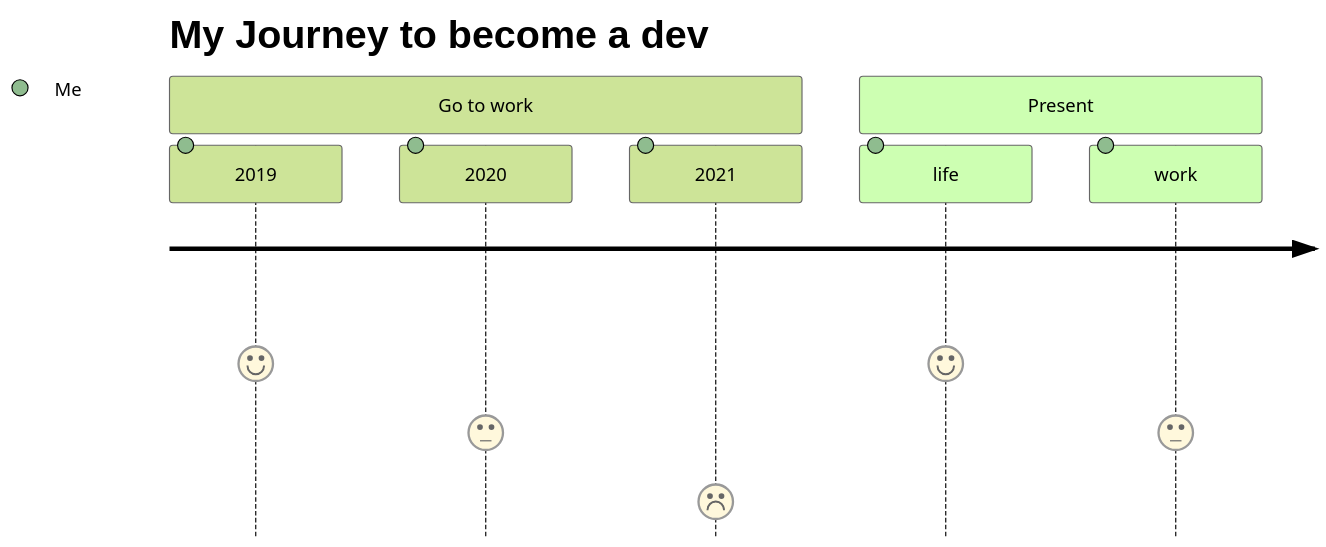
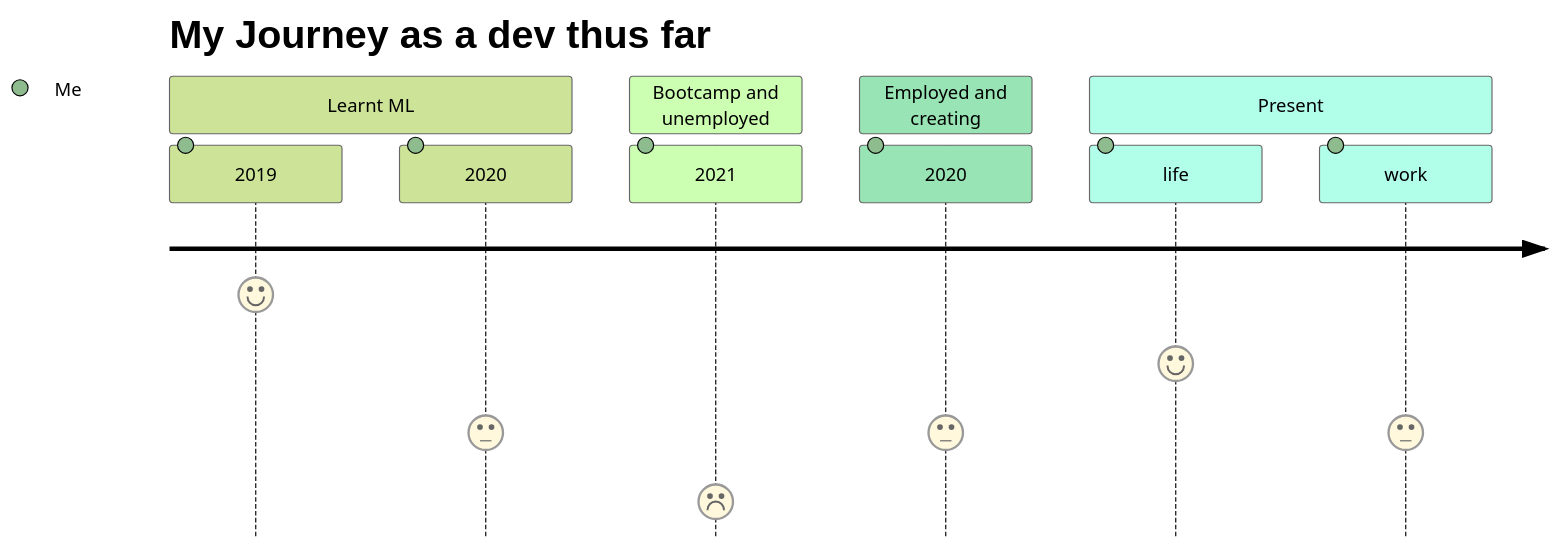
The diagram in README.md (chocomeowy/chocomeowy), drawn with Mermaid (forest theme) before and after one commit.

````diff
--- a/README.md
+++ b/README.md
@@ -17,11 +17,14 @@
 ```mermaid
   journey
-    title My Journey to become a dev
-    section Go to work
-      2019: 5: Me
+    title My Journey as a dev thus far
+    section Learnt ML
+      2019: 7: Me
       2020: 3: Me
+    section Bootcamp and unemployed
       2021: 1: Me
+    section Employed and creating
+      2020: 3: Me
     section Present
       life: 5: Me
       work: 3: Me
 ```
````
